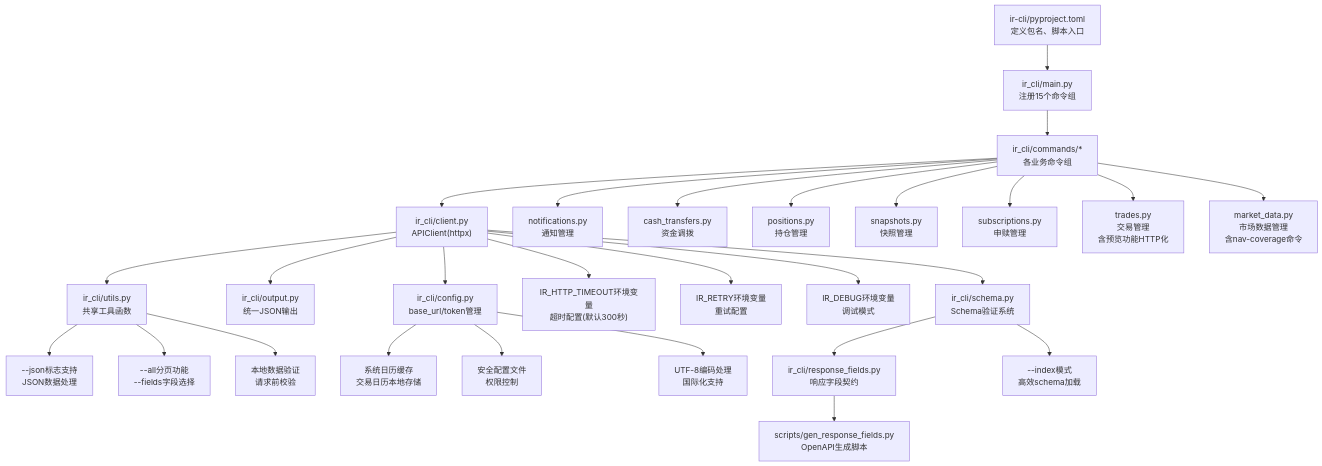
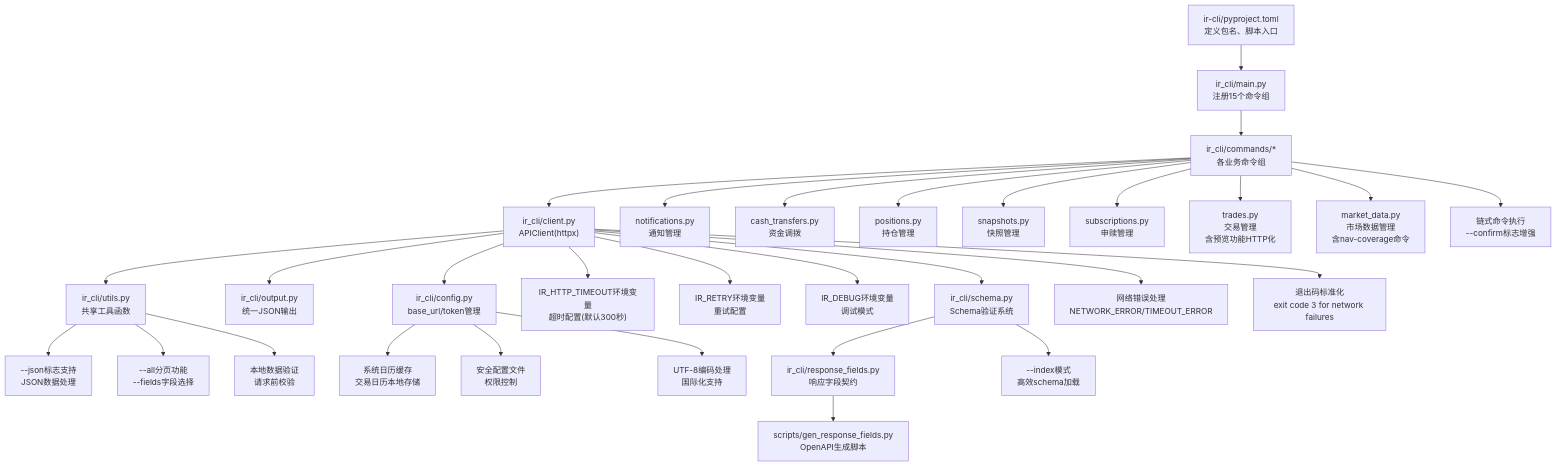
One commit to gujialind/InvestRing changed the first of 9 diagrams in .qoder/repowiki/zh/content/开发指南/InvestRing HTTP客户端CLI工具.md. Above: the diagram before and after it, drawn with Mermaid. The commit also changed other lines of this file and 15 other files, not shown here.

````diff
--- a/.qoder/repowiki/zh/content/开发指南/InvestRing HTTP客户端CLI工具.md
+++ b/.qoder/repowiki/zh/content/开发指南/InvestRing HTTP客户端CLI工具.md
@@ -86,29 +80,32 @@
 ```mermaid
 graph TB
 A["ir-cli/pyproject.toml<br/>定义包名、脚本入口"] --> B["ir_cli/main.py<br/>注册15个命令组"]
 B --> C["ir_cli/commands/*<br/>各业务命令组"]
 C --> D["ir_cli/client.py<br/>APIClient(httpx)"]
 D --> E["ir_cli/config.py<br/>base_url/token管理"]
 D --> F["ir_cli/output.py<br/>统一JSON输出"]
 D --> G["ir_cli/utils.py<br/>共享工具函数"]
 D --> H["IR_HTTP_TIMEOUT环境变量<br/>超时配置(默认300秒)"]
 D --> I["IR_RETRY环境变量<br/>重试配置"]
 D --> J["IR_DEBUG环境变量<br/>调试模式"]
 C --> K["notifications.py<br/>通知管理"]
 C --> L["cash_transfers.py<br/>资金调拨"]
 C --> M["positions.py<br/>持仓管理"]
 C --> N["snapshots.py<br/>快照管理"]
 C --> O["subscriptions.py<br/>申赎管理"]
 C --> P["trades.py<br/>交易管理<br/>含预览功能HTTP化"]
 G --> Q["--json标志支持<br/>JSON数据处理"]
 G --> R["--all分页功能<br/>--fields字段选择"]
 G --> S["本地数据验证<br/>请求前校验"]
 E --> T["系统日历缓存<br/>交易日历本地存储"]
 E --> U["安全配置文件<br/>权限控制"]
 E --> V["UTF-8编码处理<br/>国际化支持"]
 C --> W["market_data.py<br/>市场数据管理<br/>含nav-coverage命令"]
 D --> X["ir_cli/schema.py<br/>Schema验证系统"]
 X --> Y["ir_cli/response_fields.py<br/>响应字段契约"]
 Y --> Z["scripts/gen_response_fields.py<br/>OpenAPI生成脚本"]
 X --> AA["--index模式<br/>高效schema加载"]
+D --> BB["网络错误处理<br/>NETWORK_ERROR/TIMEOUT_ERROR"]
+D --> CC["退出码标准化<br/>exit code 3 for network failures"]
+C --> DD["链式命令执行<br/>--confirm标志增强"]
 ```
````
